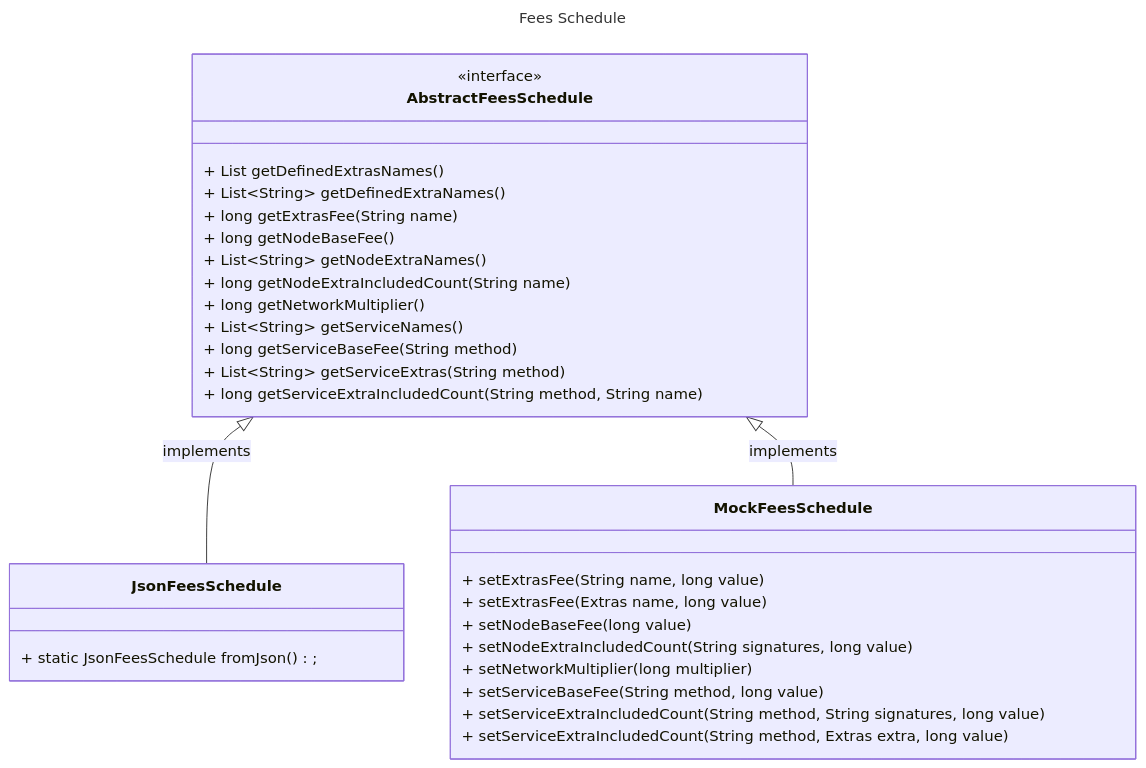
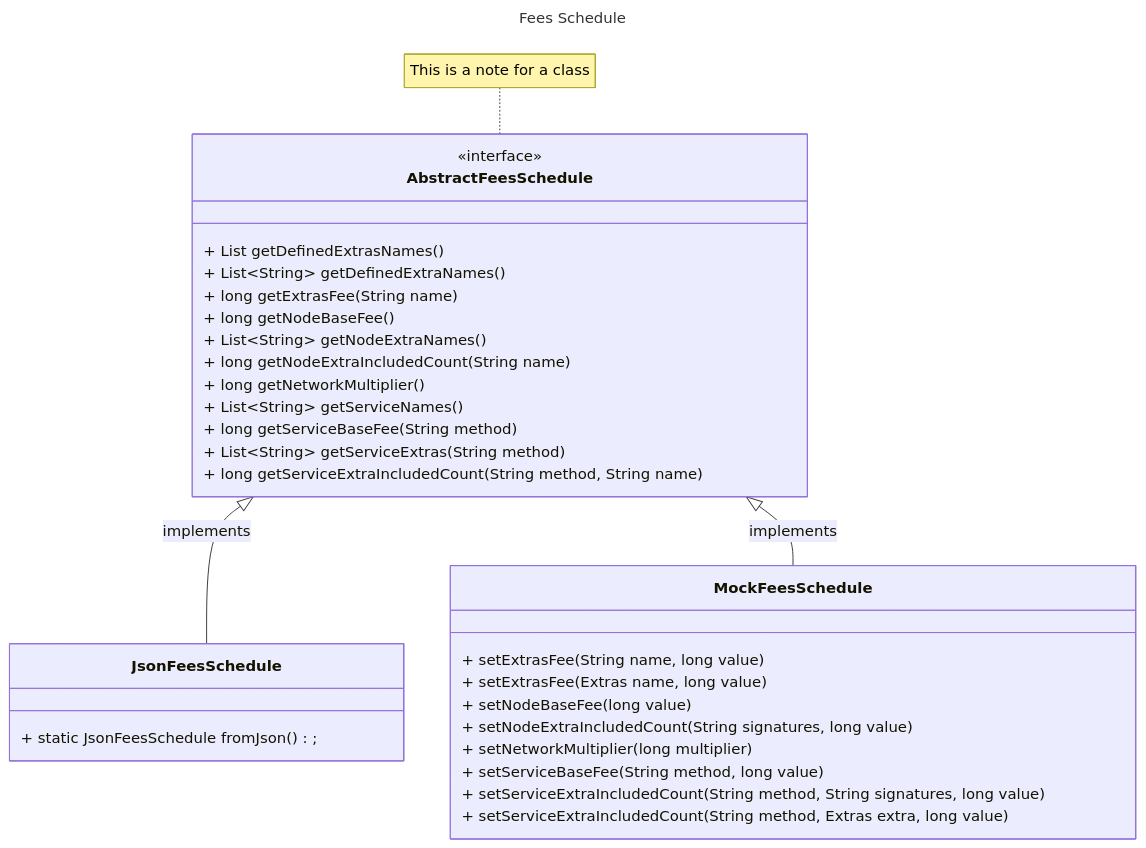
Before and after one commit to joshmarinacci/hiero-consensus-node: the diagram in docs/simplefees/architecture.md, drawn with Mermaid.

Commit message:
add source links

````diff
--- a/docs/simplefees/architecture.md
+++ b/docs/simplefees/architecture.md
@@ -8,39 +8,43 @@
 ```mermaid
 ---
 title: Fees Schedule
 ---
 classDiagram
     AbstractFeesSchedule <|-- JsonFeesSchedule : implements
     AbstractFeesSchedule <|-- MockFeesSchedule : implements
     
+    note for AbstractFeesSchedule "This is a note for a class"
+    link AbstractFeesSchedule "https://github.com/joshmarinacci/hiero-consensus-node/blob/simple-fees-research/hedera-node/hedera-app-spi/src/main/java/com/hedera/node/app/hapi/fees/AbstractFeesSchedule.java" "source"
+    link JsonFeesSchedule "../../hedera-node/hedera-app-spi/src/main/java/com/hedera/node/app/hapi/fees/AbstractFeesSchedule.java" "source"
+
     class AbstractFeesSchedule {
          <<interface>>
         + List getDefinedExtrasNames()
         + List~String~ getDefinedExtraNames()
         + long getExtrasFee(String name)
         + long getNodeBaseFee()
         + List~String~ getNodeExtraNames()
         + long getNodeExtraIncludedCount(String name)
         + long getNetworkMultiplier()
         + List~String~ getServiceNames()
         + long getServiceBaseFee(String method)
         + List~String~ getServiceExtras(String method)
         + long getServiceExtraIncludedCount(String method, String name)
     }
     
     class JsonFeesSchedule {
         + static JsonFeesSchedule fromJson();
     }
     
     class MockFeesSchedule {
         + setExtrasFee(String name, long value)
         + setExtrasFee(Extras name, long value)
         + setNodeBaseFee(long value)
         + setNodeExtraIncludedCount(String signatures, long value)
         + setNetworkMultiplier(long multiplier)
         + setServiceBaseFee(String method, long value)
         + setServiceExtraIncludedCount(String method, String signatures, long value)
         + setServiceExtraIncludedCount(String method, Extras extra, long value)
     }
 
 ```
````
